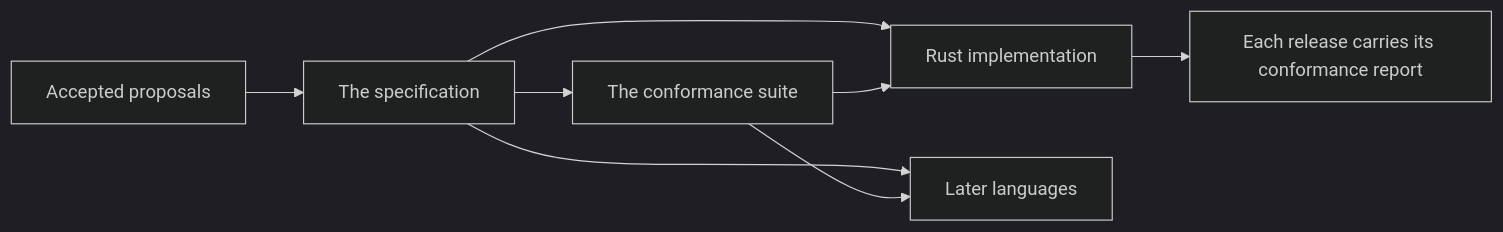
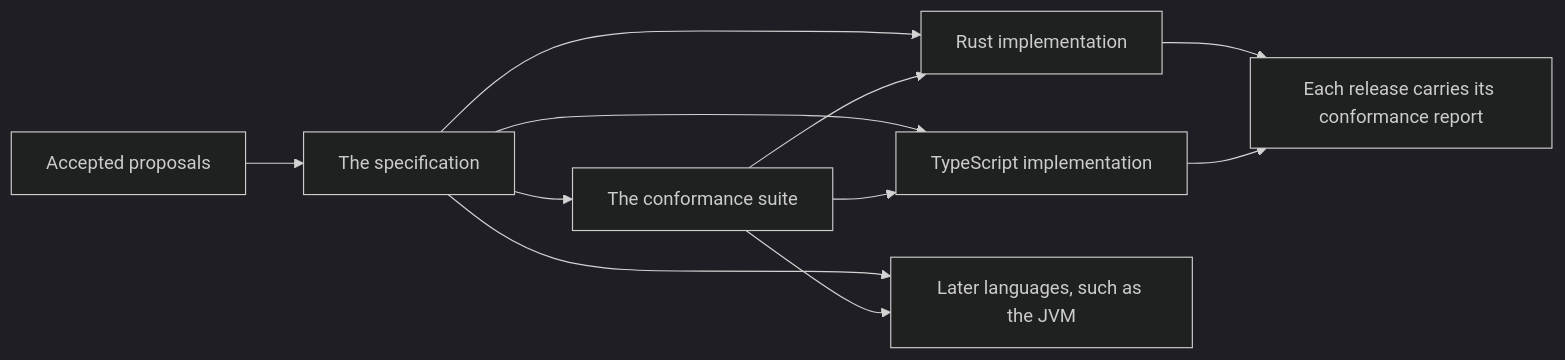
Before and after one commit to itinera-dev/itinera-dev.github.io: the diagram in content/specification.md, drawn with Mermaid (dark theme). The commit also changed other lines of this file and 9 other files, not shown here.

````diff
--- a/content/specification.md
+++ b/content/specification.md
@@ -12,12 +12,15 @@
 ```mermaid
 flowchart LR
     accTitle: How the specification, the conformance suite and the implementations fit together
     accDescr: Accepted proposals are written into the specification. The conformance cases check the specification's behaviour. Each language's implementation follows the specification and runs the conformance cases, and each release carries its report.
     P[Accepted proposals] --> S[The specification]
     S --> C[The conformance suite]
     S --> R[Rust implementation]
-    S --> T[Later languages]
+    S --> TS[TypeScript implementation]
+    S --> T[Later languages, such as the JVM]
     C --> R
+    C --> TS
     C --> T
     R --> REP[Each release carries its conformance report]
+    TS --> REP
 ```
````
